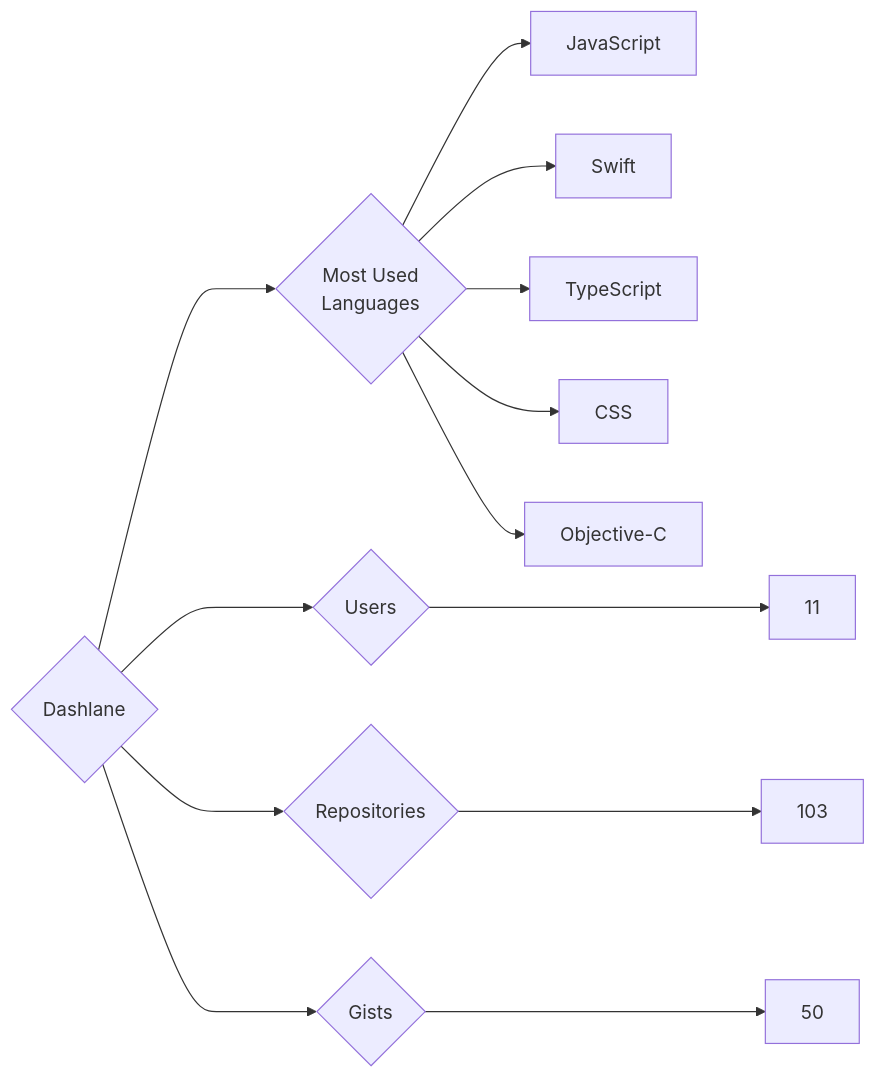
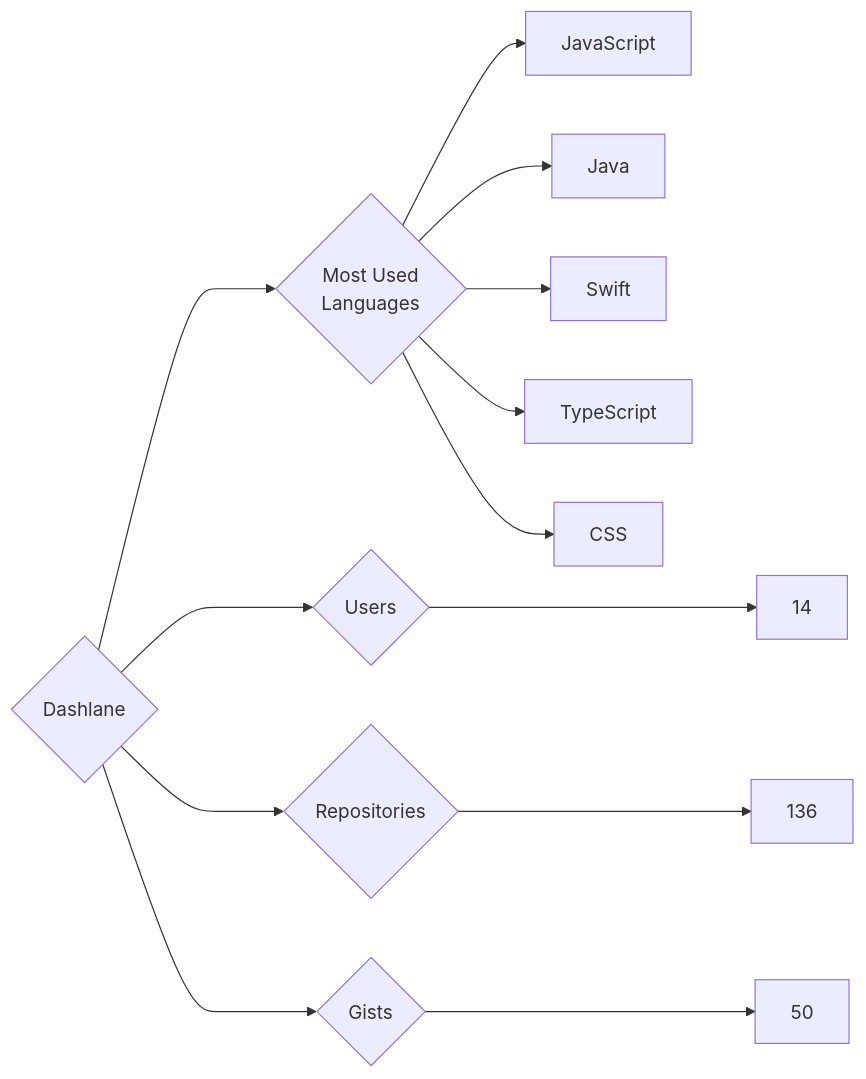
One commit to trickest/insiders changed the diagram in targets/Dashlane/README.md. Above: the diagram before and after it, drawn with Mermaid. The commit also changed 681 other files, not shown here.

````diff
--- a/targets/Dashlane/README.md
+++ b/targets/Dashlane/README.md
@@ -3,13 +3,13 @@
 ```mermaid
 graph LR
 COMPANY_NAME{Dashlane}
-COMPANY_NAME ---> U{Users} ---> UN[11]
-COMPANY_NAME ---> R{Repositories} ---> RN[103]
+COMPANY_NAME ---> U{Users} ---> UN[14]
+COMPANY_NAME ---> R{Repositories} ---> RN[136]
 COMPANY_NAME ---> G{Gists} ---> GN[50]
 COMPANY_NAME ---> ML{Most Used<br>Languages}
 ML --> JavaScript[JavaScript]
+ML --> Java[Java]
 ML --> Swift[Swift]
 ML --> TypeScript[TypeScript]
 ML --> CSS[CSS]
-ML --> Objective-C[Objective-C]
 ```
````
